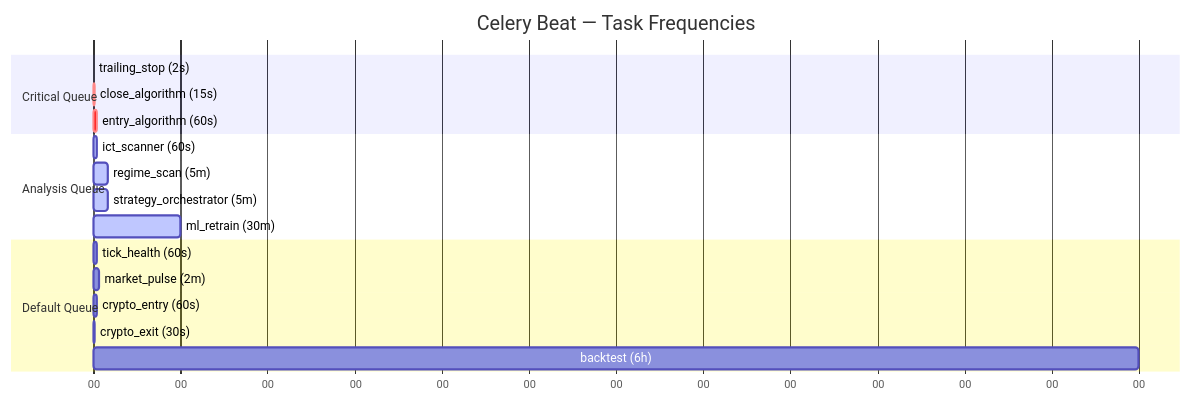
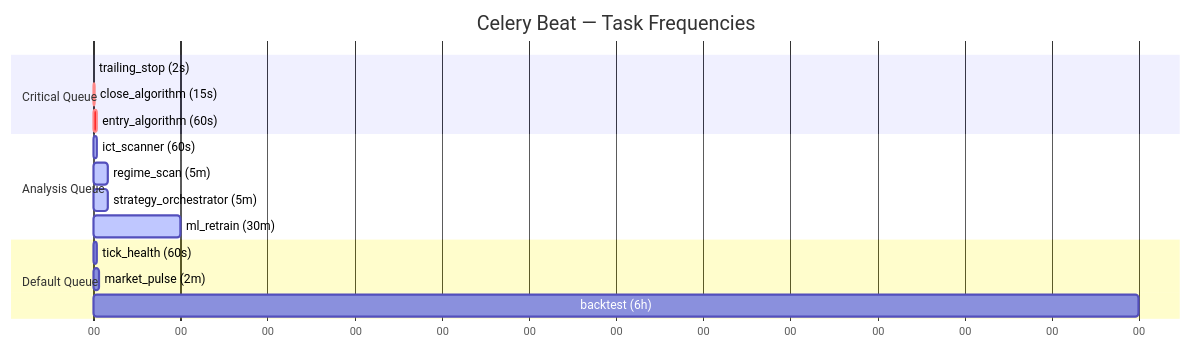
One commit to DisciplinedFlow/metatrader5-quant-server changed the eighth of 10 diagrams in ARCHITECTURE.md. Above: the diagram before and after it, drawn with Mermaid. The commit also changed other lines of this file and 147 other files, not shown here.

````diff
--- a/ARCHITECTURE.md
+++ b/ARCHITECTURE.md
@@ -332,24 +332,22 @@
 ```mermaid
 gantt
     title Celery Beat — Task Frequencies
     dateFormat X
     axisFormat %S
 
     section Critical Queue
     trailing_stop (2s)       :crit, 0, 2
     close_algorithm (15s)    :crit, 0, 15
     entry_algorithm (60s)    :crit, 0, 60
 
     section Analysis Queue
     ict_scanner (60s)        :active, 0, 60
     regime_scan (5m)         :active, 0, 300
     strategy_orchestrator (5m) :active, 0, 300
     ml_retrain (30m)         :active, 0, 1800
 
     section Default Queue
     tick_health (60s)        :0, 60
     market_pulse (2m)        :0, 120
-    crypto_entry (60s)       :0, 60
-    crypto_exit (30s)        :0, 30
     backtest (6h)            :0, 21600
 ```
````
